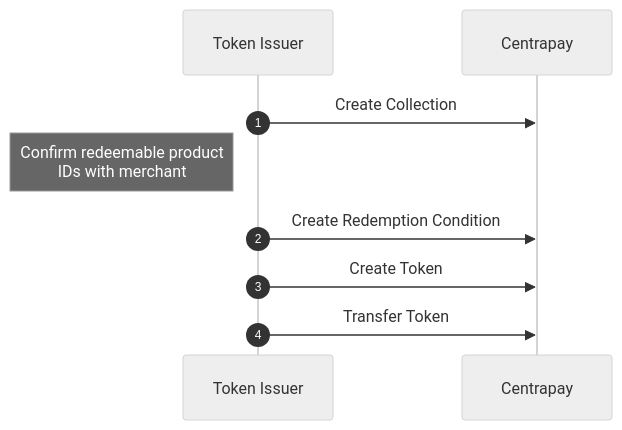
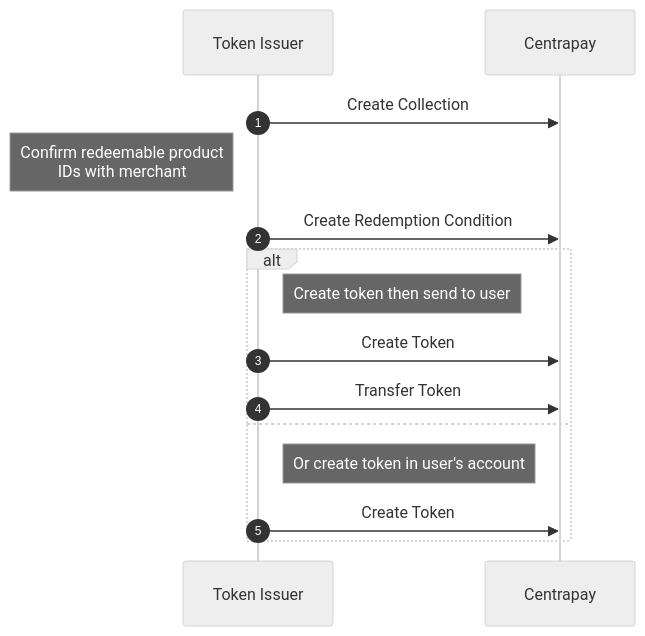
Before and after one commit to centrapay/centrapay-docs: the diagram in src/content/guides/creating-digital-tokens.mdx, drawn with Mermaid (neutral theme). The commit also changed other lines of this file, not shown here.

Commit message:
include creating tokens directly onto users accounts in guide

````diff
--- a/src/content/guides/creating-digital-tokens.mdx
+++ b/src/content/guides/creating-digital-tokens.mdx
@@ -29,9 +29,15 @@
 ``` mermaid
 sequenceDiagram
   autonumber
   Token Issuer ->> Centrapay: Create Collection
   Note left of Token Issuer: Confirm redeemable product<br/>IDs with merchant
   Token Issuer ->> Centrapay: Create Redemption Condition
-  Token Issuer ->> Centrapay: Create Token
-  Token Issuer ->> Centrapay: Transfer Token
+  alt
+    Note right of Token Issuer: Create token then send to user
+    Token Issuer ->> Centrapay: Create Token
+    Token Issuer ->> Centrapay: Transfer Token
+  else
+    Note right of Token Issuer: Or create token in user's account
+    Token Issuer ->> Centrapay: Create Token
+  end
 ```
````
